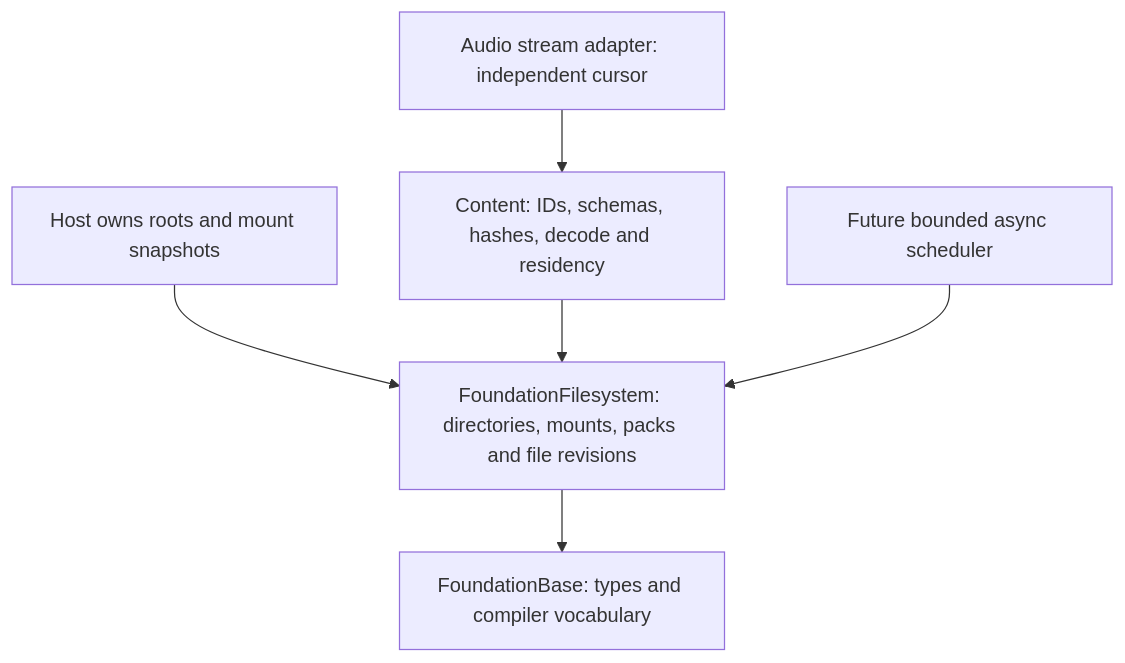
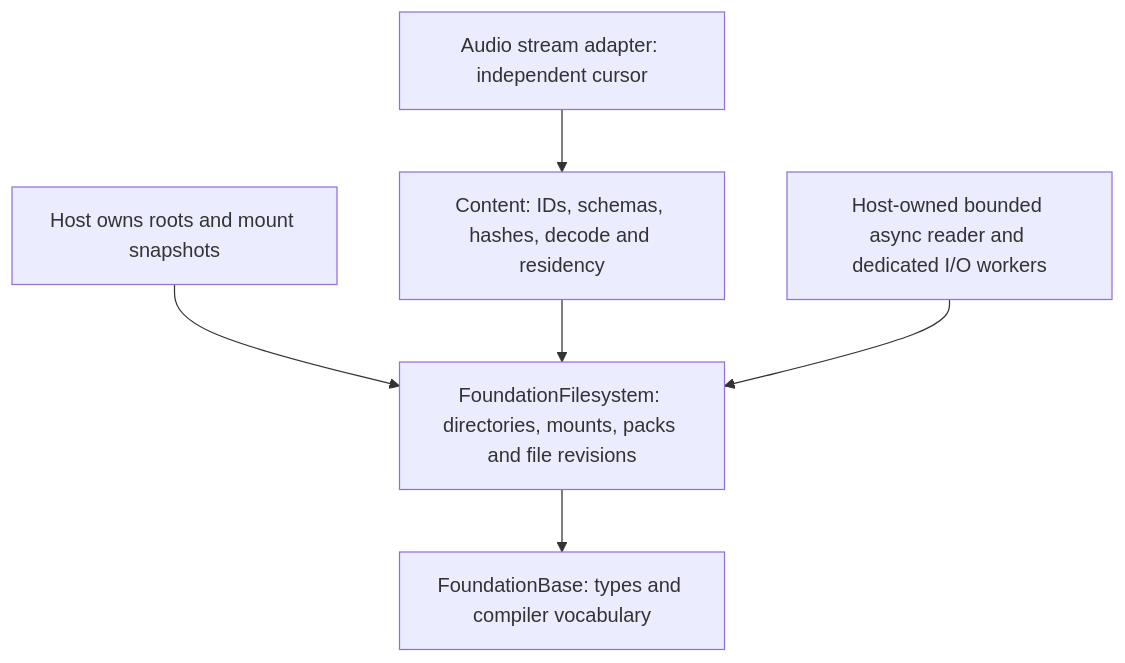
The diagram in docs/architecture/filesystem.md (Alegruz/Ludus), drawn with Mermaid before and after one commit. The commit also changed other lines of this file and 22 other files, not shown here.

Commit message:
Implement F4 bounded async file reads and metrics

````diff
--- a/docs/architecture/filesystem.md
+++ b/docs/architecture/filesystem.md
@@ -356,8 +418,8 @@
 ```mermaid
 flowchart TD
     Host[Host owns roots and mount snapshots] --> FS[FoundationFilesystem: directories, mounts, packs and file revisions]
     Content[Content: IDs, schemas, hashes, decode and residency] --> FS
     FS --> Base[FoundationBase: types and compiler vocabulary]
     Stream[Audio stream adapter: independent cursor] --> Content
-    Future[Future bounded async scheduler] --> FS
+    Async[Host-owned bounded async reader and dedicated I/O workers] --> FS
 ```
````
